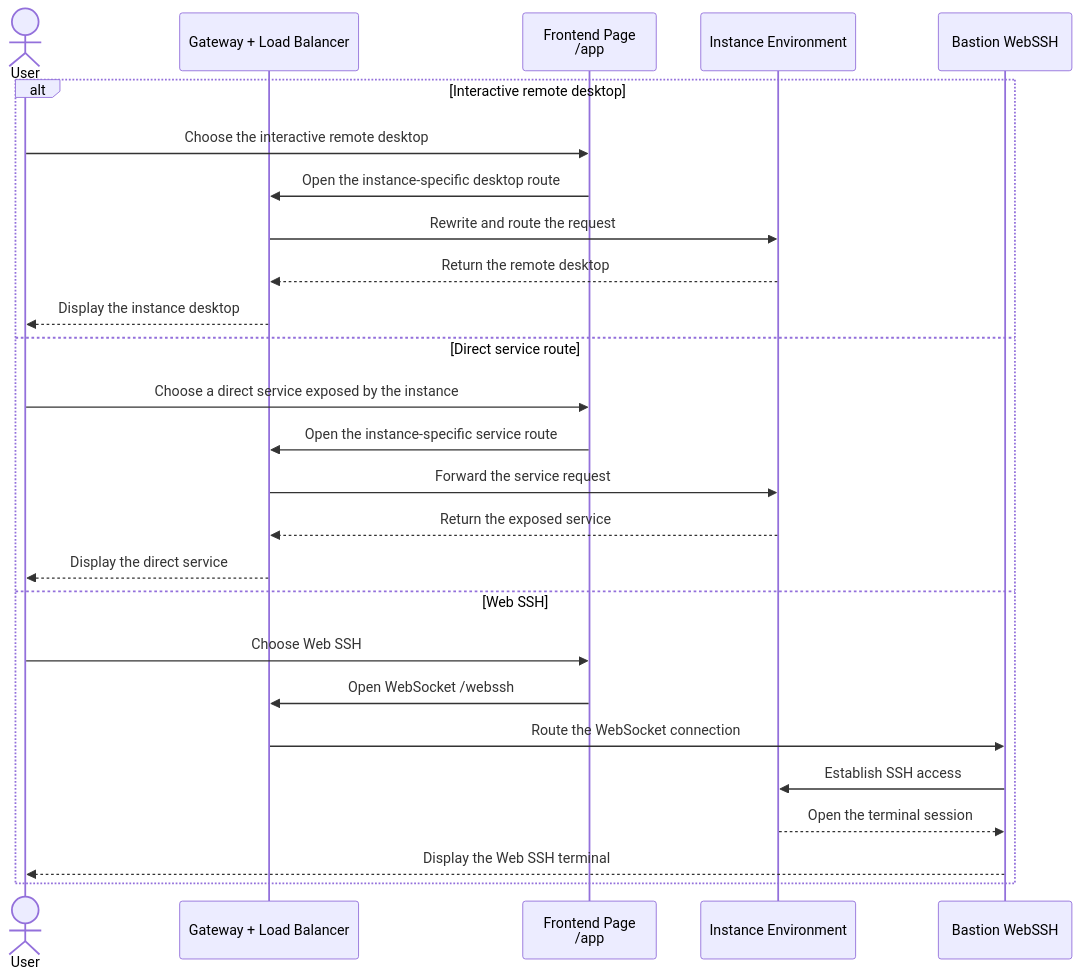
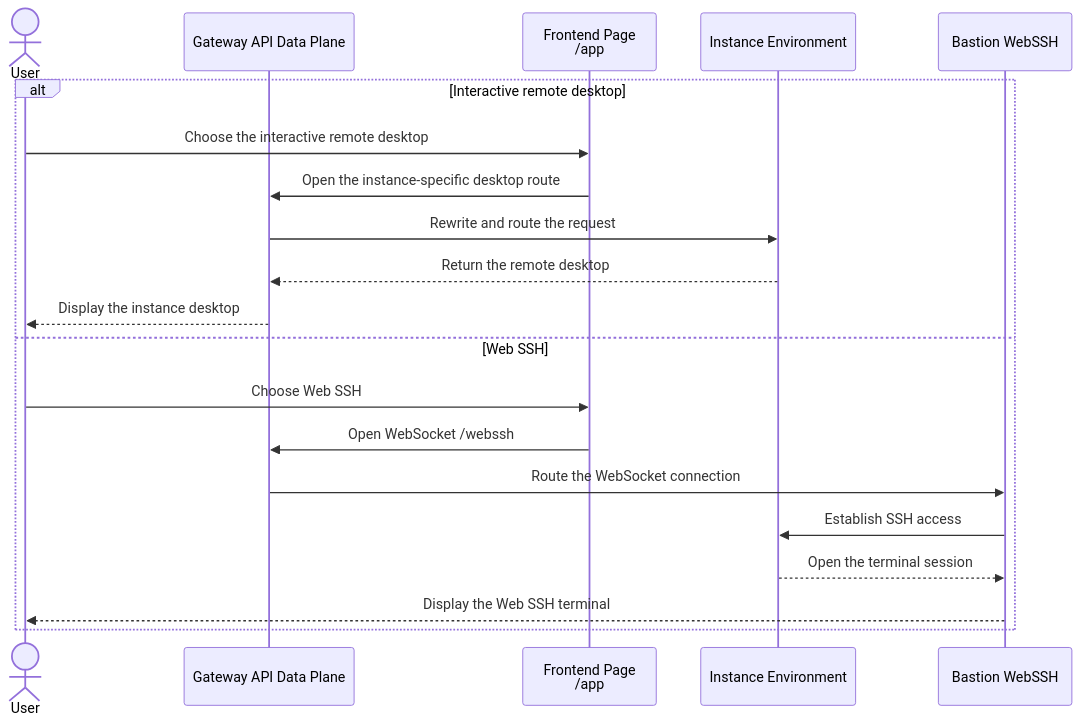
The third of 4 diagrams in frontend/README.md (netgroup-polito/CrownLabs), drawn with Mermaid before and after one commit. The commit also changed other lines of this file, not shown here.

Commit message:
edit graph for access, auth, and qlkube

````diff
--- a/frontend/README.md
+++ b/frontend/README.md
@@ -68,29 +88,23 @@
 ```mermaid
 sequenceDiagram
     actor User
-    participant LB as Gateway + Load Balancer
+    participant LB as Gateway API Data Plane
     participant Frontend as Frontend Page<br/>/app
     participant Instance as Instance Environment
     participant Bastion as Bastion WebSSH
 
     alt Interactive remote desktop
         User->>Frontend: Choose the interactive remote desktop
         Frontend->>LB: Open the instance-specific desktop route
         LB->>Instance: Rewrite and route the request
         Instance-->>LB: Return the remote desktop
         LB-->>User: Display the instance desktop
-    else Direct service route
-        User->>Frontend: Choose a direct service exposed by the instance
-        Frontend->>LB: Open the instance-specific service route
-        LB->>Instance: Forward the service request
-        Instance-->>LB: Return the exposed service
-        LB-->>User: Display the direct service
     else Web SSH
         User->>Frontend: Choose Web SSH
         Frontend->>LB: Open WebSocket /webssh
         LB->>Bastion: Route the WebSocket connection
         Bastion->>Instance: Establish SSH access
         Instance-->>Bastion: Open the terminal session
         Bastion-->>User: Display the Web SSH terminal
     end
 ```
````
